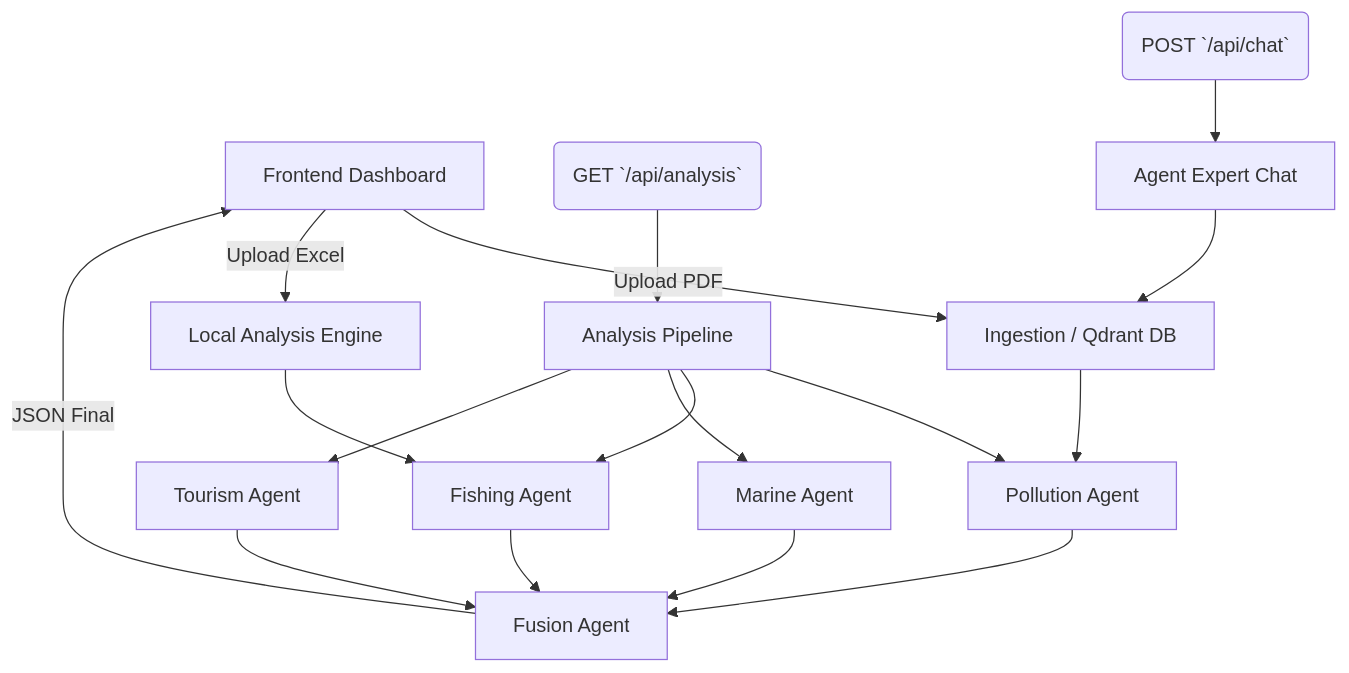
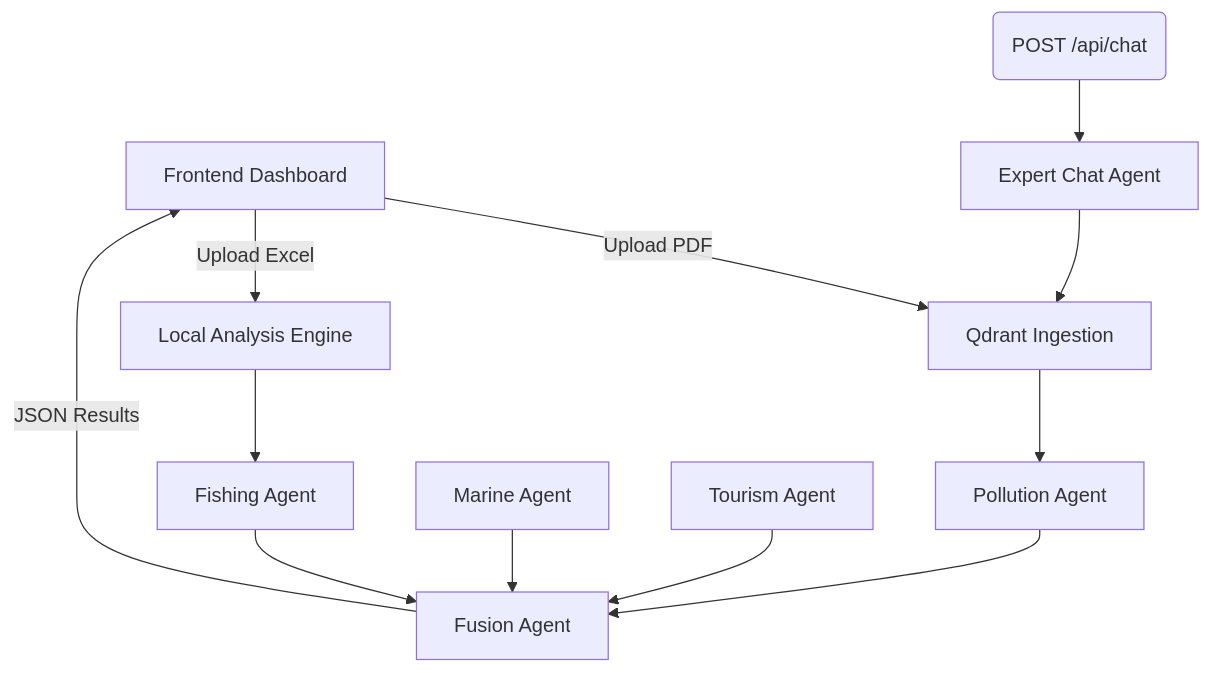
Before and after one commit to omarfh111/Gabesi-AIGuardian: the third of 5 diagrams in README.md, drawn with Mermaid. The commit also changed other lines of this file, not shown here.

First line of the commit message:
docs: integrate strategic pipeline module and restore full documentation

````diff
--- a/README.md
+++ b/README.md
@@ -31,25 +157,21 @@
 ```mermaid
 graph TD
-    UI[Frontend Dashboard] -->|Upload PDF| INGEST[Ingestion / Qdrant DB]
+    UI[Frontend Dashboard] -->|Upload PDF| INGEST[Qdrant Ingestion]
     UI -->|Upload Excel| CSV_MEM[Local Analysis Engine]
     
-    API_ANALYZE(GET `/api/analysis`) --> PIPE[Analysis Pipeline]
+    INGEST --> POLL_AGT[Pollution Agent]
+    CSV_MEM --> FISH_AGT[Fishing Agent]
     
-    PIPE --> POLL_AGT[Pollution Agent]
-    PIPE --> FISH_AGT[Fishing Agent]
-    PIPE --> MAR_AGT[Marine Agent]
-    PIPE --> TOUR_AGT[Tourism Agent]
-    
-    INGEST --> POLL_AGT
-    CSV_MEM --> FISH_AGT
+    MAR_AGT[Marine Agent]
+    TOUR_AGT[Tourism Agent]
     
     POLL_AGT --> FUSION[Fusion Agent]
     FISH_AGT --> FUSION
     MAR_AGT --> FUSION
     TOUR_AGT --> FUSION
 
-    FUSION -->|JSON Final| UI
+    FUSION -->|JSON Results| UI
     
-    API_CHAT(POST `/api/chat`) --> CHAT_AGT[Agent Expert Chat]
-    CHAT_AGT --> INGEST
+    POST_CHAT(POST /api/chat) --> GABESI[Expert Chat Agent]
+    GABESI --> INGEST
 ```
````
